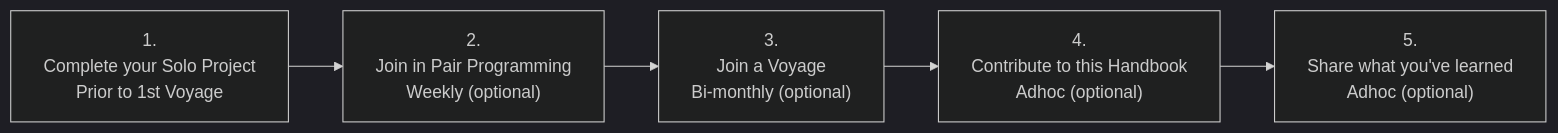
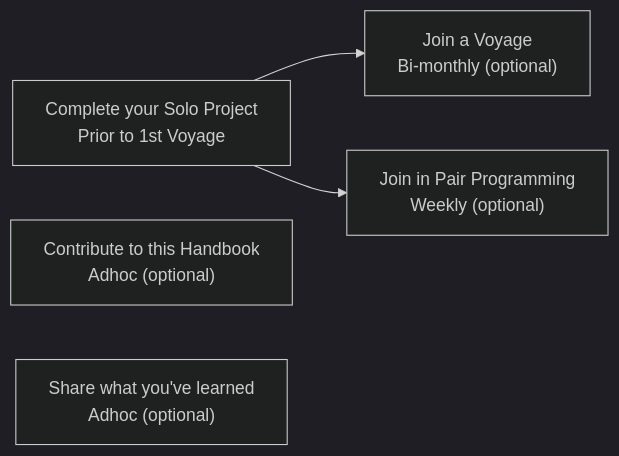
One commit to chingu-voyages/Handbook changed the diagram in README.md. Above: the diagram before and after it, drawn with Mermaid (dark theme).

Commit message:
Feature: Change order of programs & their dependencies

````diff
--- a/README.md
+++ b/README.md
@@ -49,7 +49,7 @@
 ```mermaid
 graph LR
-    A["1.\nComplete your Solo Project\nPrior to 1st Voyage"] --> B["2.\nJoin in Pair Programming\nWeekly (optional)"]
-    B --> C["3.\nJoin a Voyage\nBi-monthly (optional)"]
-    C --> D["4.\nContribute to this Handbook\nAdhoc (optional)"]
-    D --> E["5.\nShare what you've learned\nAdhoc (optional)"]
+    A["Complete your Solo Project\nPrior to 1st Voyage"] --> B["Join a Voyage\nBi-monthly (optional)"]
+    A --> C["Join in Pair Programming\nWeekly (optional)"]
+    D["Contribute to this Handbook\nAdhoc (optional)"]
+    E["Share what you've learned\nAdhoc (optional)"]
 ```
````
